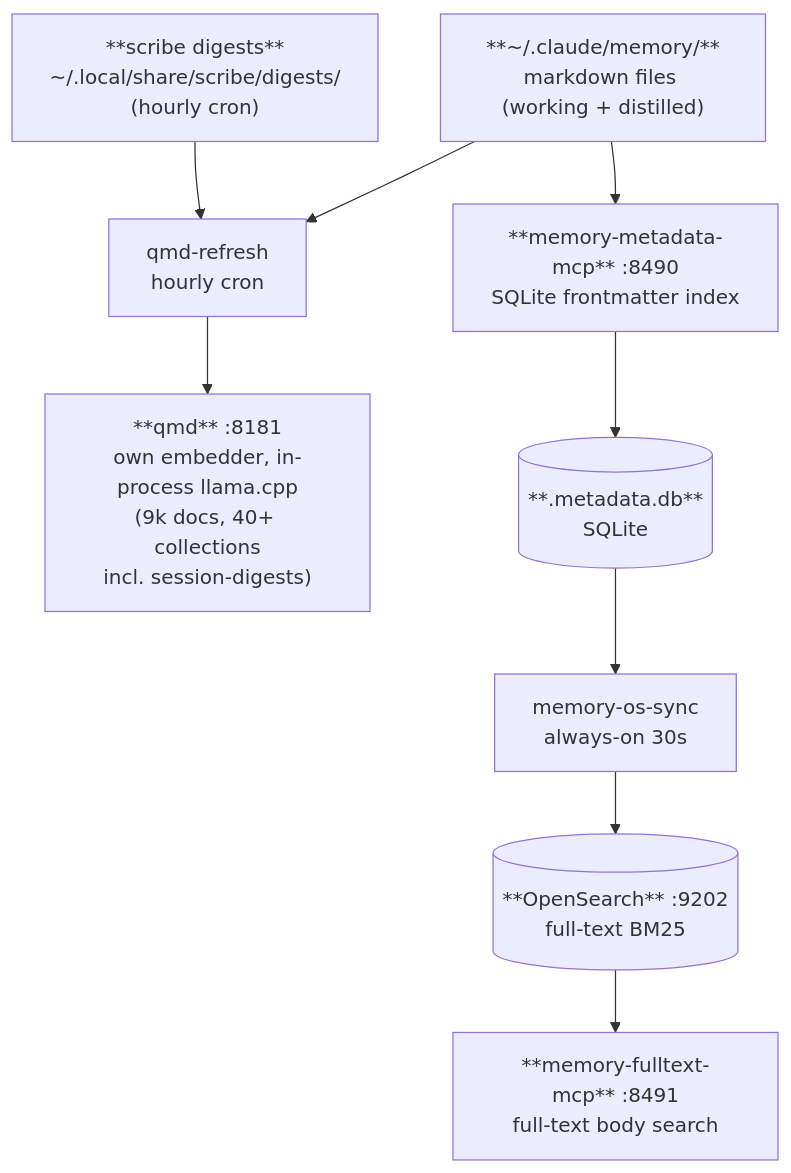
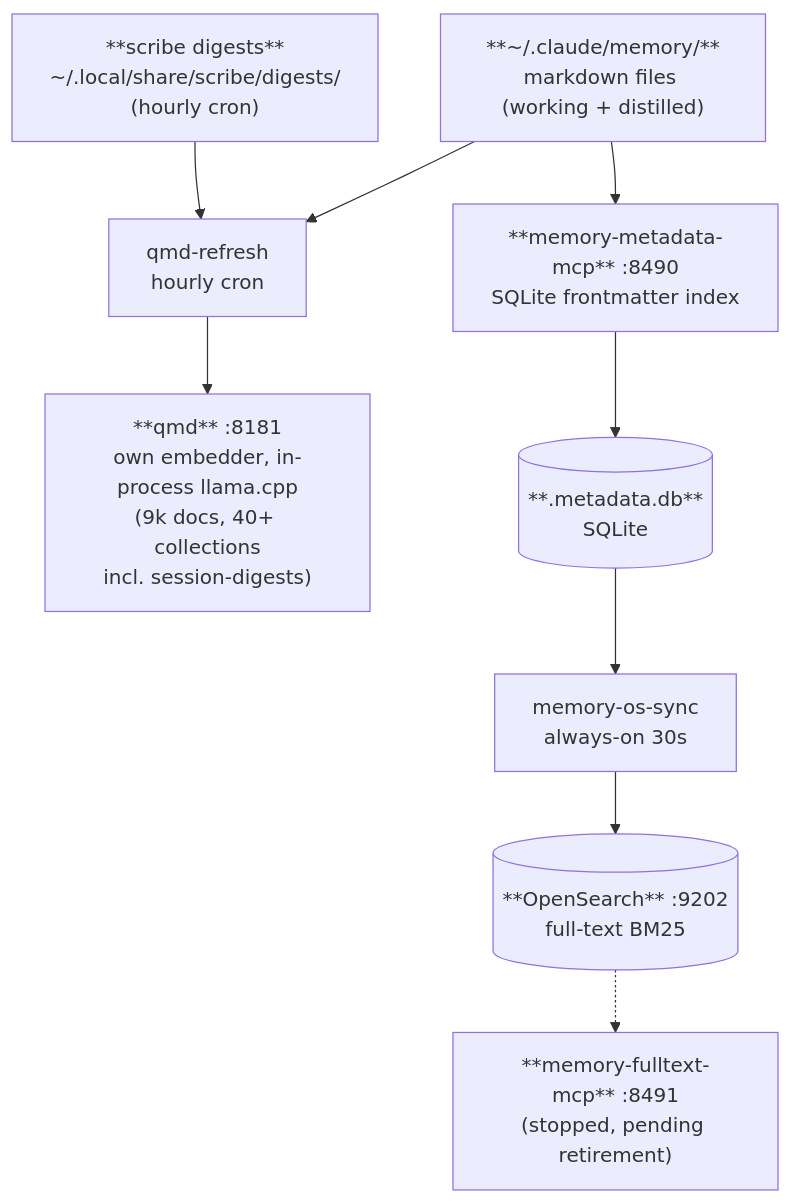
One commit to TadMSTR/homelab-agent changed the second of 4 diagrams in docs/components/memory/memory-architecture.md. Above: the diagram before and after it, drawn with Mermaid. The commit also changed other lines of this file and 7 other files, not shown here.

First line of the commit message:
docs(memory): mark memory-fulltext-mcp stopped, pending retirement

````diff
--- a/docs/components/memory/memory-architecture.md
+++ b/docs/components/memory/memory-architecture.md
@@ -48,15 +53,15 @@
 ```mermaid
 flowchart TD
     notes["**~/.claude/memory/**\nmarkdown files (working + distilled)"]
     digests["**scribe digests**\n~/.local/share/scribe/digests/\n(hourly cron)"]
 
     notes --> qr["qmd-refresh\nhourly cron"]
     digests --> qr
     qr --> qmd_svc["**qmd** :8181\nown embedder, in-process llama.cpp\n(9k docs, 40+ collections\nincl. session-digests)"]
 
     notes --> meta["**memory-metadata-mcp** :8490\nSQLite frontmatter index"]
     meta --> sqlite[("**.metadata.db**\nSQLite")]
     sqlite --> os_sync["memory-os-sync\nalways-on 30s"]
     os_sync --> opensearch[("**OpenSearch** :9202\nfull-text BM25")]
-    opensearch --> search["**memory-fulltext-mcp** :8491\nfull-text body search"]
+    opensearch -.-> search["**memory-fulltext-mcp** :8491\n(stopped, pending retirement)"]
 ```
````
